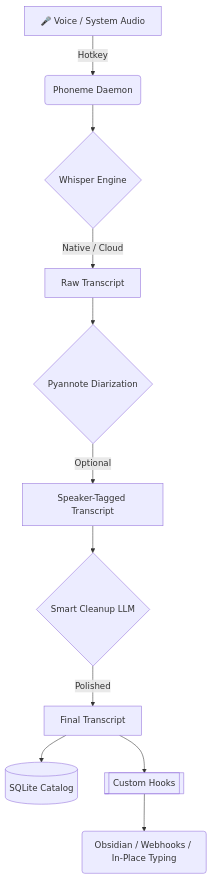
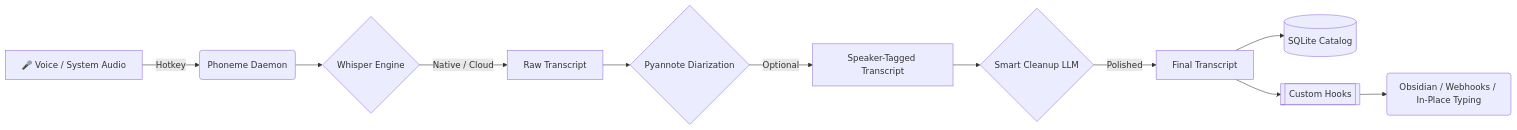
The diagram in README.md (namefailed/phoneme), drawn with Mermaid before and after one commit. The commit also changed 7 other files, not shown here.

Commit message:
docs: add missing component readmes, fix clippy mod issue, revert mermaid to LR

````diff
--- a/README.md
+++ b/README.md
@@ -33,16 +33,16 @@
 ```mermaid
-flowchart TD
+flowchart LR
     A[🎤 Voice / System Audio] -->|Hotkey| B(Phoneme Daemon)
     B --> C{Whisper Engine}
     
     C -->|Native / Cloud| D[Raw Transcript]
     D --> E{Pyannote Diarization}
     E -->|Optional| F[Speaker-Tagged Transcript]
     
     F --> G{Smart Cleanup LLM}
     G -->|Polished| H[Final Transcript]
     
     H --> I[(SQLite Catalog)]
     H --> J[[Custom Hooks]]
     J --> K(Obsidian / Webhooks / In-Place Typing)
 ```
````
